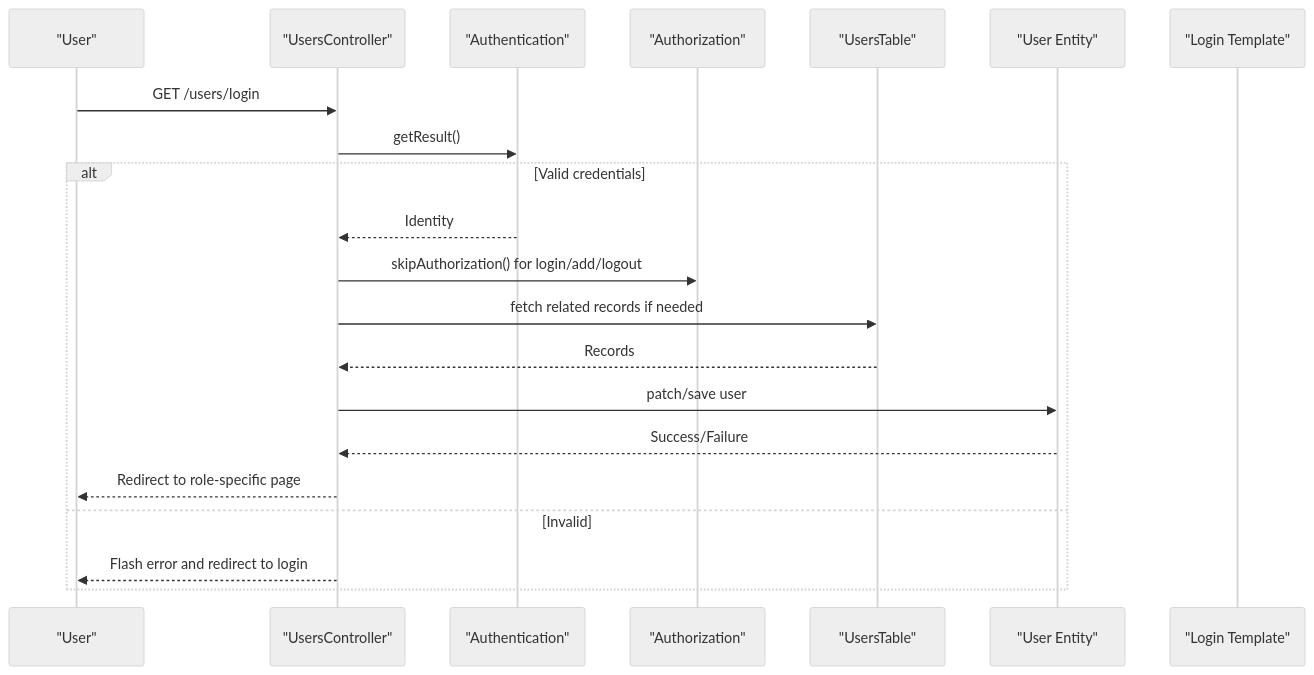
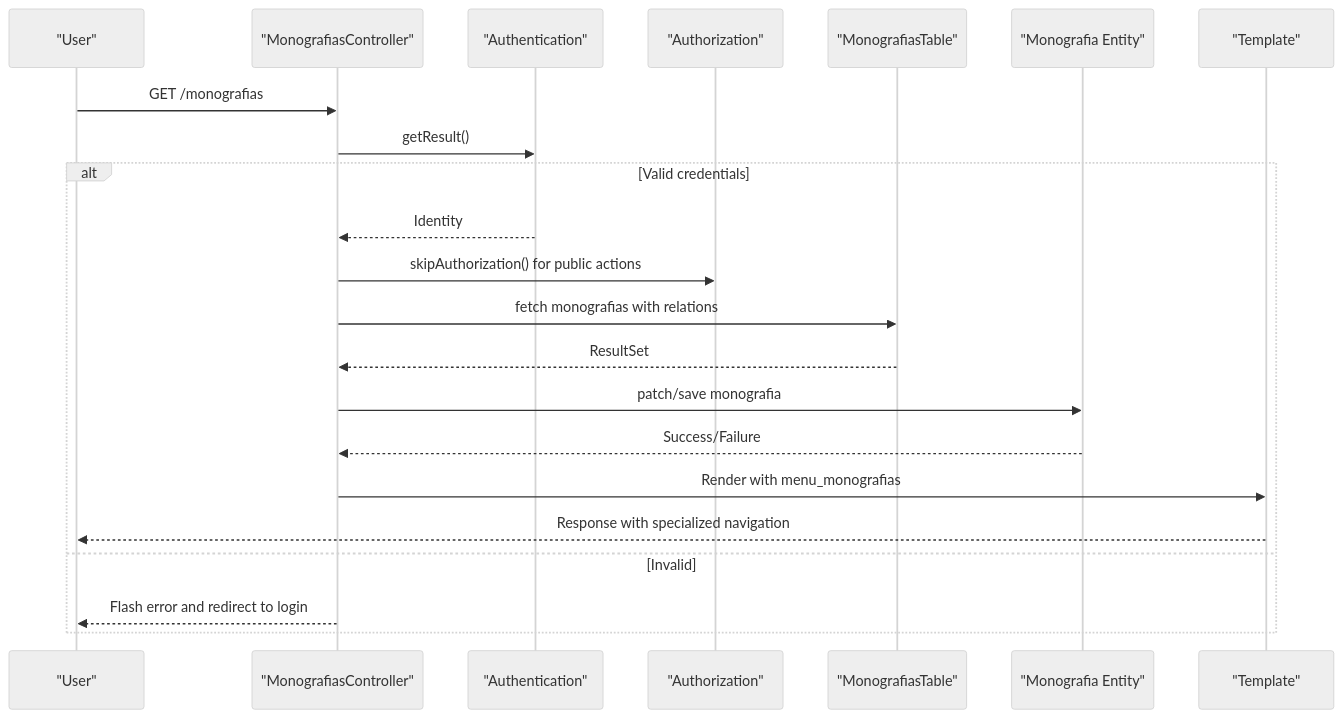
One commit to luiseduacosta/tcc4 changed the sixth of 10 diagrams in .qoder/repowiki/en/content/Architecture Overview/Architecture Overview.md. Above: the diagram before and after it, drawn with Mermaid (neutral theme). The commit also changed other lines of this file and 101 other files, not shown here.

````diff
--- a/.qoder/repowiki/en/content/Architecture Overview/Architecture Overview.md
+++ b/.qoder/repowiki/en/content/Architecture Overview/Architecture Overview.md
@@ -224,23 +223,24 @@
 ```mermaid
 sequenceDiagram
 participant U as "User"
-participant UC as "UsersController"
+participant MC as "MonografiasController"
 participant AU as "Authentication"
 participant AZ as "Authorization"
-participant UT as "UsersTable"
-participant UE as "User Entity"
-participant V as "Login Template"
-U->>UC : GET /users/login
-UC->>AU : getResult()
+participant MT as "MonografiasTable"
+participant ME as "Monografia Entity"
+participant V as "Template"
+U->>MC : GET /monografias
+MC->>AU : getResult()
 alt Valid credentials
-AU-->>UC : Identity
-UC->>AZ : skipAuthorization() for login/add/logout
-UC->>UT : fetch related records if needed
-UT-->>UC : Records
-UC->>UE : patch/save user
-UE-->>UC : Success/Failure
-UC-->>U : Redirect to role-specific page
+AU-->>MC : Identity
+MC->>AZ : skipAuthorization() for public actions
+MC->>MT : fetch monografias with relations
+MT-->>MC : ResultSet
+MC->>ME : patch/save monografia
+ME-->>MC : Success/Failure
+MC->>V : Render with menu_monografias
+V-->>U : Response with specialized navigation
 else Invalid
-UC-->>U : Flash error and redirect to login
+MC-->>U : Flash error and redirect to login
 end
 ```
````
